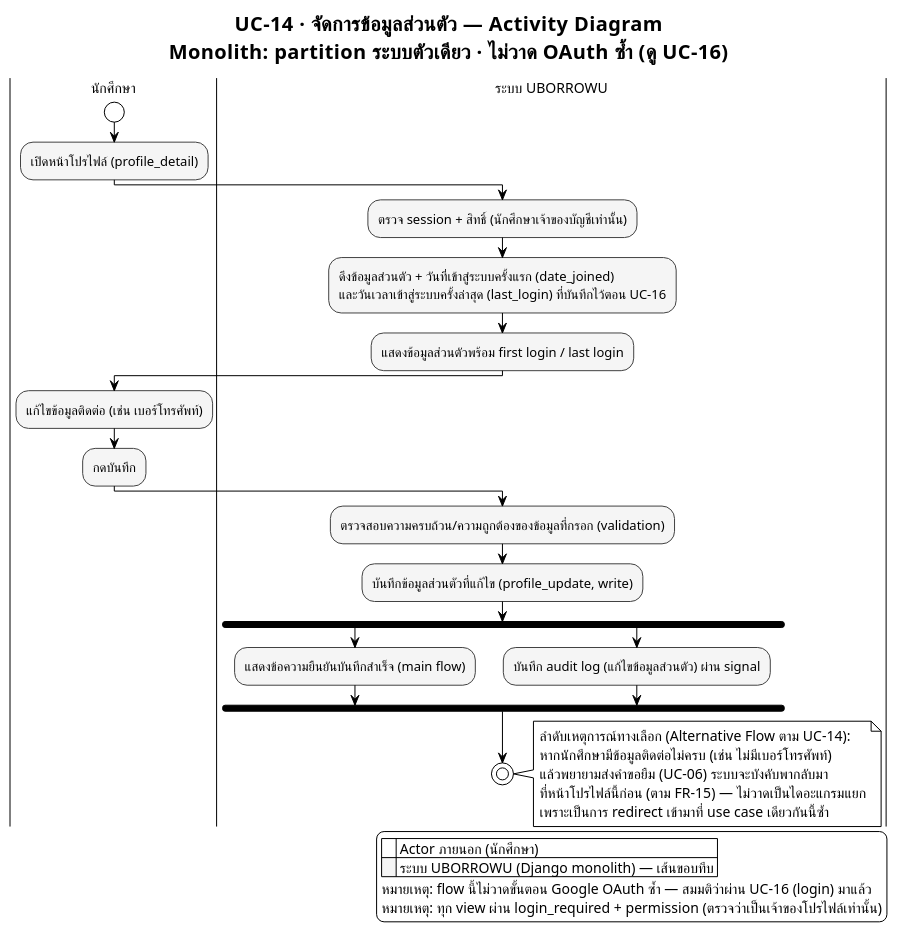
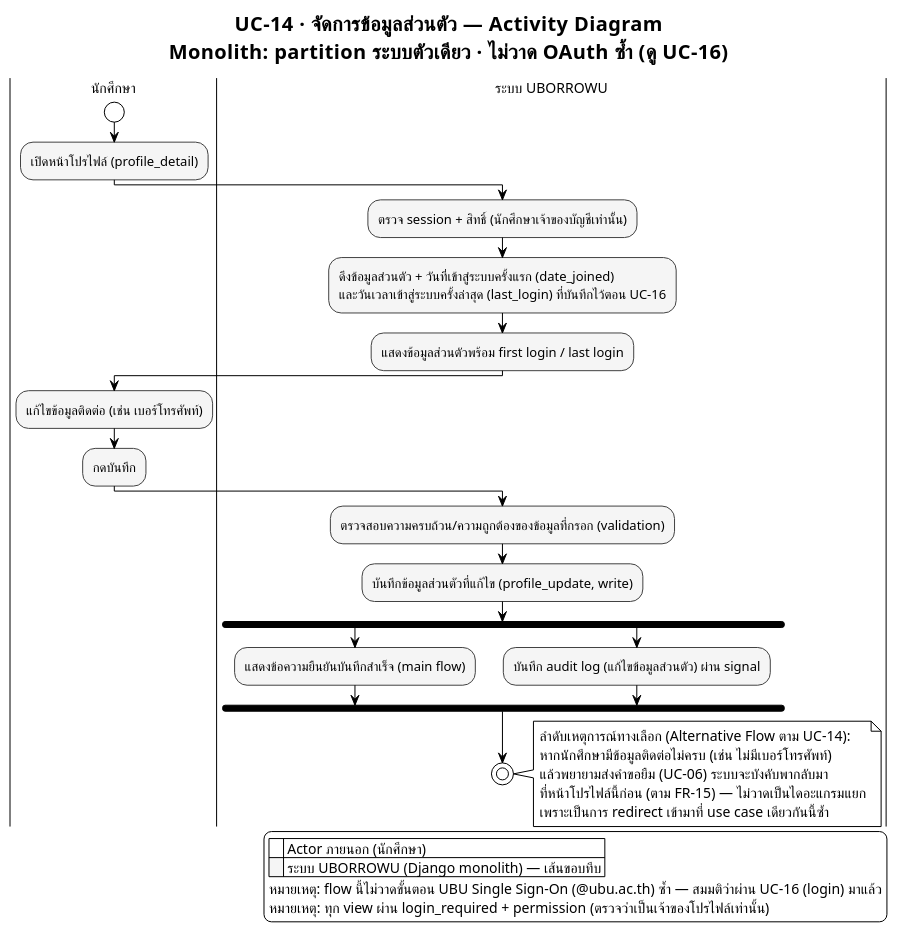
The diagram in proposal/usecase/activity_module1_uc14.puml (patlnwza-007/project-2569), drawn with PlantUML before and after one commit. The commit also changed 33 other files, not shown here.

```diff
--- a/proposal/usecase/activity_module1_uc14.puml
+++ b/proposal/usecase/activity_module1_uc14.puml
@@ -1,83 +1,83 @@
 @startuml activity_module1_uc14
 ' ══════════════════════════════════════════════════════════════════
 ' รองรับภาษาไทย — อ่านก่อน render:
 ' 1. บันทึกไฟล์นี้เป็น UTF-8 (ไม่ต้องมี BOM) เสมอ
 ' 2. ถ้า render ผ่าน CLI (plantuml.jar) ต้องระบุ flag encoding ด้วย:
 '      java -Dfile.encoding=UTF-8 -jar plantuml.jar -charset UTF-8 activity_account_UC14_manage_profile.puml
 ' 3. บังคับใช้ Smetana (pure-Java layout engine) แทน Graphviz/dot
 '    เพราะ Graphviz บางระบบ (โดยเฉพาะ Windows) อ่าน UTF-8 ไม่ตรง ทำให้ตัวอักษรไทยเพี้ยน/หาย
 !pragma layout smetana
 ' 4. ฟอนต์ที่มีสระ/วรรณยุกต์ไทยครบและ render ผ่าน Java ได้เสถียร
 '    - Windows: "TH Sarabun New" (ฟอนต์มาตรฐานราชการ) หรือ "Tahoma" (มากับเครื่องอยู่แล้ว)
 '    - Linux / PlantUML online server: เปลี่ยนเป็น "Noto Sans Thai" หรือ "Loma"
 skinparam defaultFontName "TH Sarabun New"
 skinparam defaultFontSize 14
 ' ══════════════════════════════════════════════════════════════════
 
 !theme plain
 skinparam titleFontName "TH Sarabun New"
 skinparam titleFontSize 20
 skinparam noteFontName "TH Sarabun New"
 skinparam ArrowFontName "TH Sarabun New"
 skinparam ArrowFontSize 12
 skinparam swimlaneTitleFontName "TH Sarabun New"
 skinparam swimlaneTitleFontSize 14
 
 ' ===== Monochrome เท่านั้น — ไม่มี partition ไหนสีต่างจากที่อื่น =====
 skinparam activity {
   BackgroundColor #F5F5F5
   BorderColor #424242
   FontName "TH Sarabun New"
   FontSize 13
   DiamondBackgroundColor #FAFAFA
   DiamondBorderColor #616161
 }
 skinparam partition {
   BackgroundColor #FAFAFA
   BorderColor #424242
 }
 
 title UC-14 · จัดการข้อมูลส่วนตัว — Activity Diagram\nMonolith: partition ระบบตัวเดียว · ไม่วาด OAuth ซ้ำ (ดู UC-16)
 
 |นักศึกษา|
 start
 ' สมมติว่า login แล้ว (session ผ่าน allauth ตาม UC-16) — ไม่วาดขั้นตอน OAuth ซ้ำในไดอะแกรมนี้
 :เปิดหน้าโปรไฟล์ (profile_detail);
 
 |ระบบ UBORROWU|
 :ตรวจ session + สิทธิ์ (นักศึกษาเจ้าของบัญชีเท่านั้น);
 :ดึงข้อมูลส่วนตัว + วันที่เข้าสู่ระบบครั้งแรก (date_joined)\nและวันเวลาเข้าสู่ระบบครั้งล่าสุด (last_login) ที่บันทึกไว้ตอน UC-16;
 :แสดงข้อมูลส่วนตัวพร้อม first login / last login;
 
 |นักศึกษา|
 :แก้ไขข้อมูลติดต่อ (เช่น เบอร์โทรศัพท์);
 :กดบันทึก;
 
 |ระบบ UBORROWU|
 :ตรวจสอบความครบถ้วน/ความถูกต้องของข้อมูลที่กรอก (validation);
 :บันทึกข้อมูลส่วนตัวที่แก้ไข (profile_update, write);
 
 fork
   :แสดงข้อความยืนยันบันทึกสำเร็จ (main flow);
 fork again
   :บันทึก audit log (แก้ไขข้อมูลส่วนตัว) ผ่าน signal;
 end fork
 
 stop
 
 note right
   ลำดับเหตุการณ์ทางเลือก (Alternative Flow ตาม UC-14):
   หากนักศึกษามีข้อมูลติดต่อไม่ครบ (เช่น ไม่มีเบอร์โทรศัพท์)
   แล้วพยายามส่งคำขอยืม (UC-06) ระบบจะบังคับพากลับมา
   ที่หน้าโปรไฟล์นี้ก่อน (ตาม FR-15) — ไม่วาดเป็นไดอะแกรมแยก
   เพราะเป็นการ redirect เข้ามาที่ use case เดียวกันนี้ซ้ำ
 end note
 
 legend right
   |<back:white>    </back>| Actor ภายนอก (นักศึกษา) |
   |<back:#F5F5F5>    </back>| ระบบ UBORROWU (Django monolith) — เส้นขอบทึบ |
-  หมายเหตุ: flow นี้ไม่วาดขั้นตอน Google OAuth ซ้ำ — สมมติว่าผ่าน UC-16 (login) มาแล้ว
+  หมายเหตุ: flow นี้ไม่วาดขั้นตอน UBU Single Sign-On (@ubu.ac.th) ซ้ำ — สมมติว่าผ่าน UC-16 (login) มาแล้ว
   หมายเหตุ: ทุก view ผ่าน login_required + permission (ตรวจว่าเป็นเจ้าของโปรไฟล์เท่านั้น)
 endlegend
 
 @enduml
```
